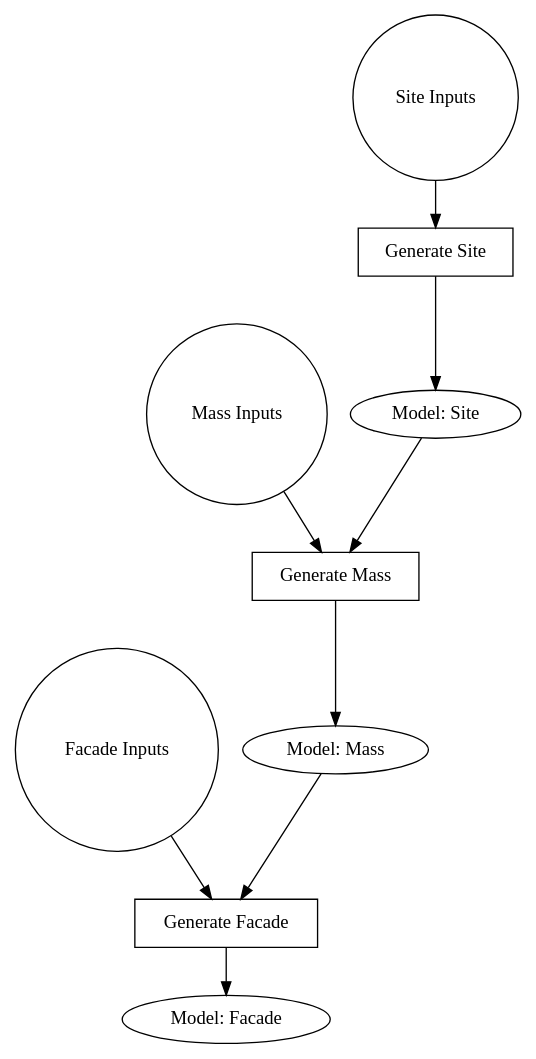
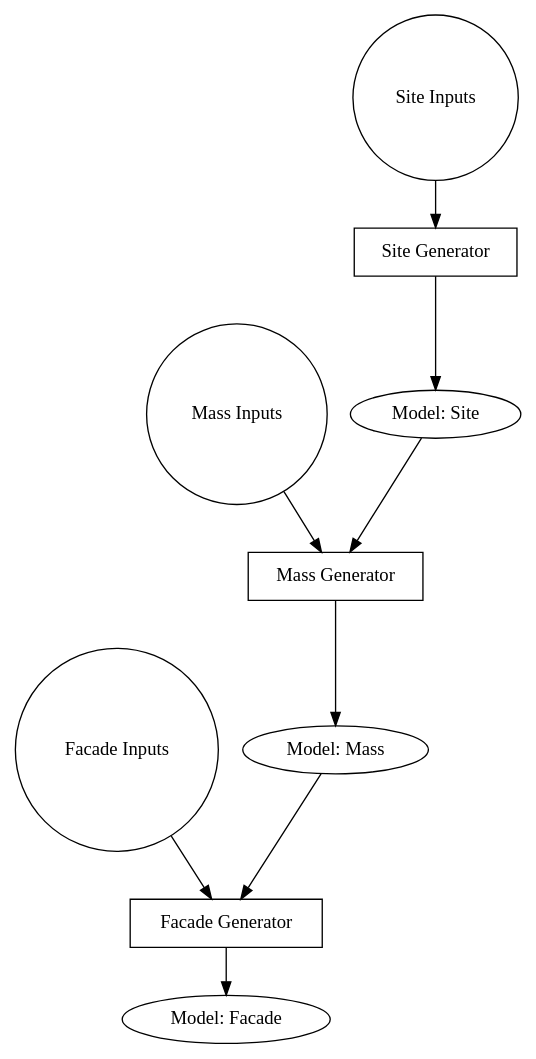
One commit to hypar-io/MakeHypar changed the diagram in program.dot. Above: the diagram before and after it, drawn with Graphviz. The commit also changed 2 other files, not shown here.

Commit message:
Update the example graph.

```diff
--- a/program.dot
+++ b/program.dot
@@ -1,16 +1,16 @@
 digraph G {
-  "Generate Site" [shape=box]
-  "Generate Mass" [shape=box]
-  "Generate Facade" [shape=box]
+  "Site Generator" [shape=box]
+  "Mass Generator" [shape=box]
+  "Facade Generator" [shape=box]
   "Site Inputs" [shape=circle]
   "Mass Inputs" [shape=circle]
   "Facade Inputs" [shape=circle]
-  "Site Inputs" -> "Generate Site"
-  "Generate Site" -> "Model: Site"
-  "Mass Inputs" -> "Generate Mass"
-  "Model: Site" -> "Generate Mass"
-  "Generate Mass" -> "Model: Mass"
-  "Facade Inputs" -> "Generate Facade"
-  "Model: Mass" -> "Generate Facade"
-  "Generate Facade" -> "Model: Facade"
+  "Site Inputs" -> "Site Generator"
+  "Site Generator" -> "Model: Site"
+  "Mass Inputs" -> "Mass Generator"
+  "Model: Site" -> "Mass Generator"
+  "Mass Generator" -> "Model: Mass"
+  "Facade Inputs" -> "Facade Generator"
+  "Model: Mass" -> "Facade Generator"
+  "Facade Generator" -> "Model: Facade"
 }
```
